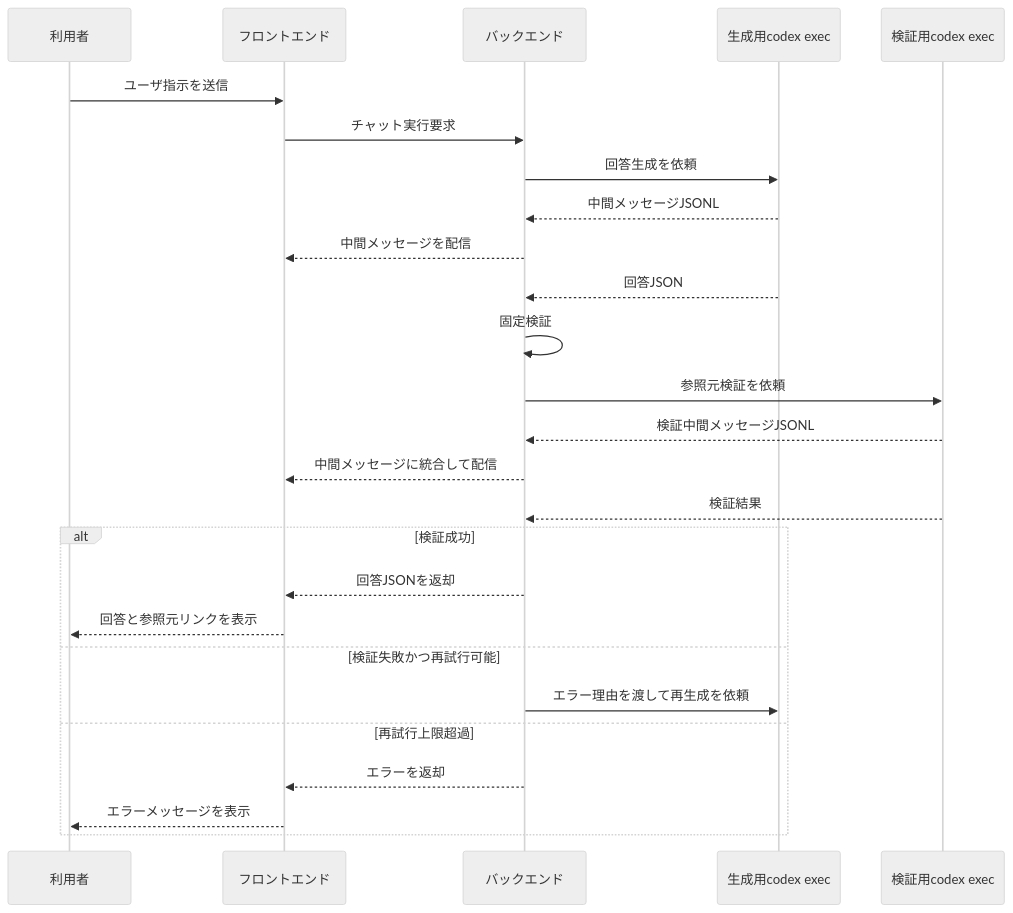
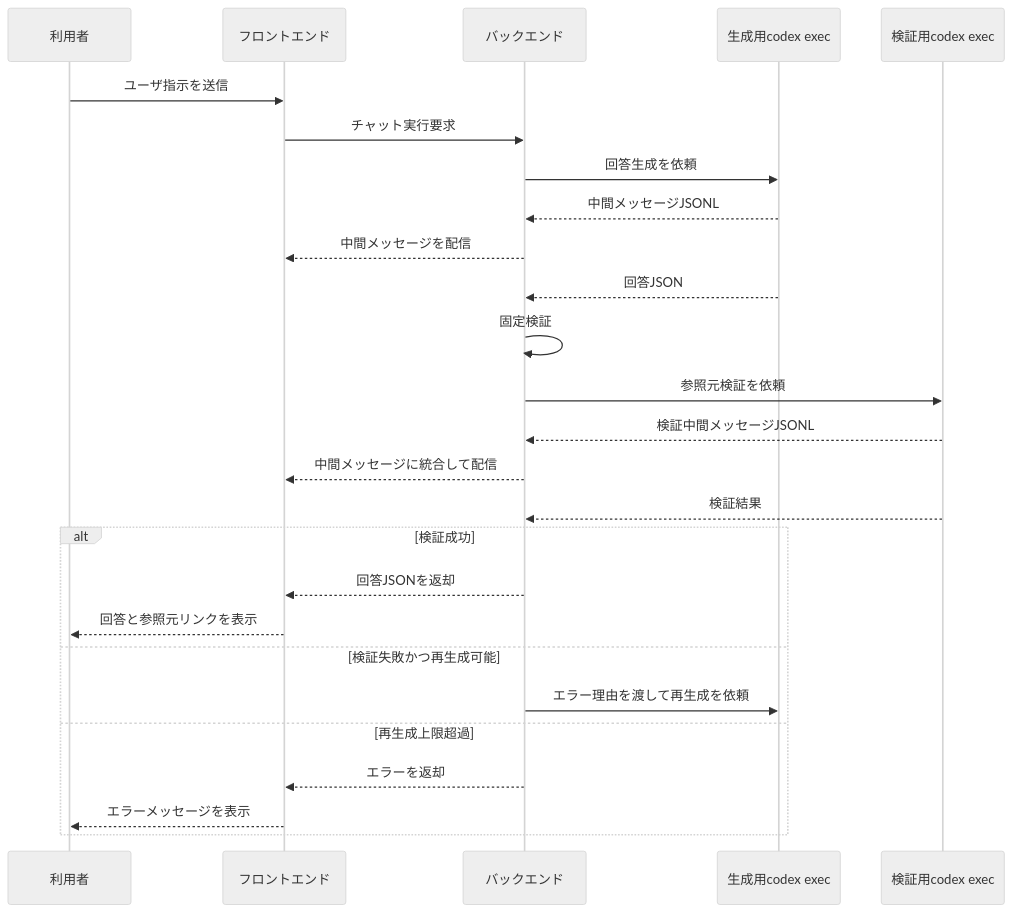
Before and after one commit to mincsys/D-Concierge: the diagram in docs/00_設計メモ/回答検証と実行制御・エラー処理.md, drawn with Mermaid (neutral theme). The commit also changed other lines of this file and 3 other files, not shown here.

````diff
--- a/docs/00_設計メモ/回答検証と実行制御・エラー処理.md
+++ b/docs/00_設計メモ/回答検証と実行制御・エラー処理.md
@@ -20,29 +11,29 @@
 ```mermaid
 sequenceDiagram
   participant U as 利用者
   participant F as フロントエンド
   participant B as バックエンド
   participant G as 生成用codex exec
   participant V as 検証用codex exec
 
   U->>F: ユーザ指示を送信
   F->>B: チャット実行要求
   B->>G: 回答生成を依頼
   G-->>B: 中間メッセージJSONL
   B-->>F: 中間メッセージを配信
   G-->>B: 回答JSON
   B->>B: 固定検証
   B->>V: 参照元検証を依頼
   V-->>B: 検証中間メッセージJSONL
   B-->>F: 中間メッセージに統合して配信
   V-->>B: 検証結果
   alt 検証成功
     B-->>F: 回答JSONを返却
     F-->>U: 回答と参照元リンクを表示
-  else 検証失敗かつ再試行可能
+  else 検証失敗かつ再生成可能
     B->>G: エラー理由を渡して再生成を依頼
-  else 再試行上限超過
+  else 再生成上限超過
     B-->>F: エラーを返却
     F-->>U: エラーメッセージを表示
   end
 ```
````
